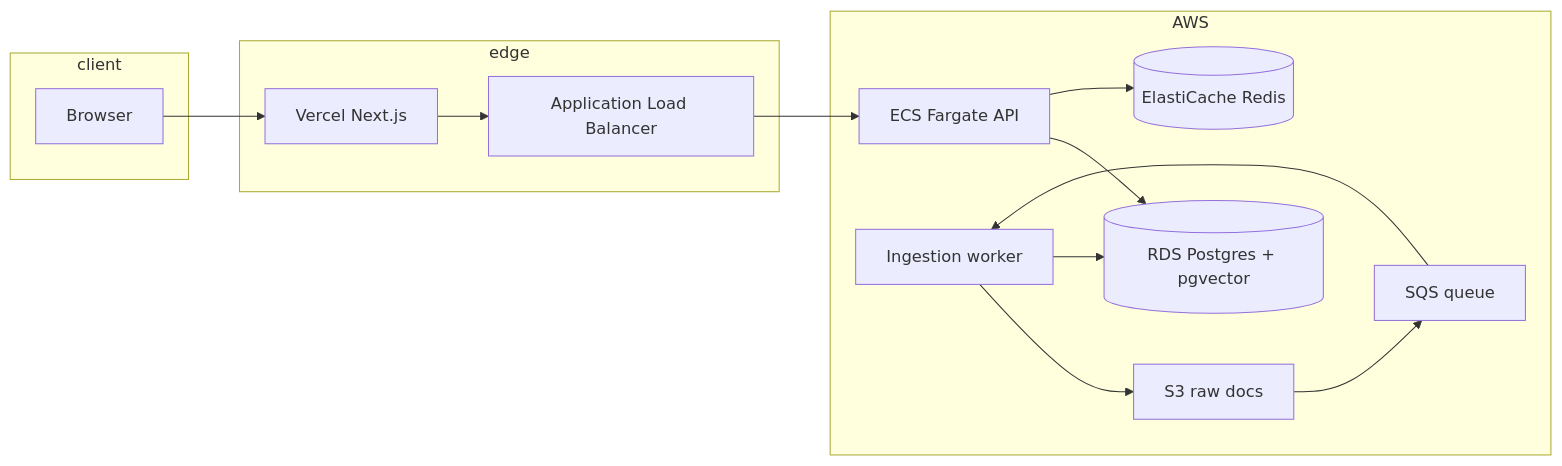
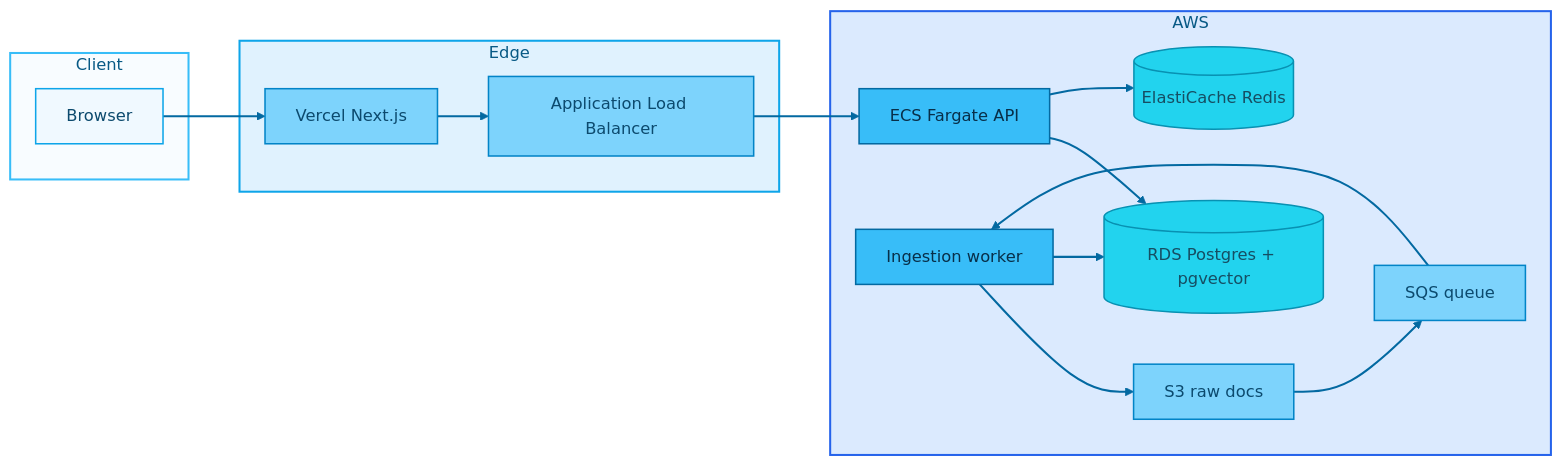
The diagram in README.md (kietcoderlor/financial-research-copilot), drawn with Mermaid before and after one commit.

Commit message:
Style README architecture diagram with sky-blue theme

````diff
--- a/README.md
+++ b/README.md
@@ -11,27 +11,45 @@
 ```mermaid
+%%{init: {"theme":"base","themeVariables":{"fontFamily":"ui-sans-serif,system-ui,sans-serif","background":"#f0f9ff","primaryColor":"#7dd3fc","primaryTextColor":"#0c4a6e","primaryBorderColor":"#0284c7","secondaryColor":"#bae6fd","tertiaryColor":"#e0f2fe","lineColor":"#0369a1","clusterBkg":"#e0f2fe","clusterBorder":"#0ea5e9","titleColor":"#075985"}}}%%
 flowchart LR
-  subgraph client
+  subgraph client["Client"]
     B[Browser]
   end
-  subgraph edge
+  subgraph edge["Edge"]
     V[Vercel Next.js]
     ALB[Application Load Balancer]
   end
-  subgraph aws[AWS]
+  subgraph aws["AWS"]
     API[ECS Fargate API]
     W[Ingestion worker]
     S3[S3 raw docs]
     Q[SQS queue]
     RDS[(RDS Postgres + pgvector)]
     R[(ElastiCache Redis)]
   end
   B --> V
   V --> ALB
   ALB --> API
   API --> RDS
   API --> R
   S3 --> Q
   Q --> W
   W --> S3
   W --> RDS
+
+  style client fill:#f8fcff,stroke:#38bdf8,stroke-width:2px
+  style edge fill:#e0f2fe,stroke:#0ea5e9,stroke-width:2px
+  style aws fill:#dbeafe,stroke:#2563eb,stroke-width:2px
+
+  classDef nCore fill:#38bdf8,stroke:#0369a1,color:#082f49,stroke-width:1.5px
+  classDef nEdge fill:#7dd3fc,stroke:#0284c7,color:#0c4a6e,stroke-width:1.5px
+  classDef nStore fill:#22d3ee,stroke:#0891b2,color:#164e63,stroke-width:1.5px
+  classDef nUser fill:#f0f9ff,stroke:#0ea5e9,color:#0c4a6e,stroke-width:1.5px
+
+  class B nUser
+  class V,ALB nEdge
+  class API,W nCore
+  class S3,Q nEdge
+  class RDS,R nStore
+
+  linkStyle default stroke:#0369a1,stroke-width:2px
 ```
````
